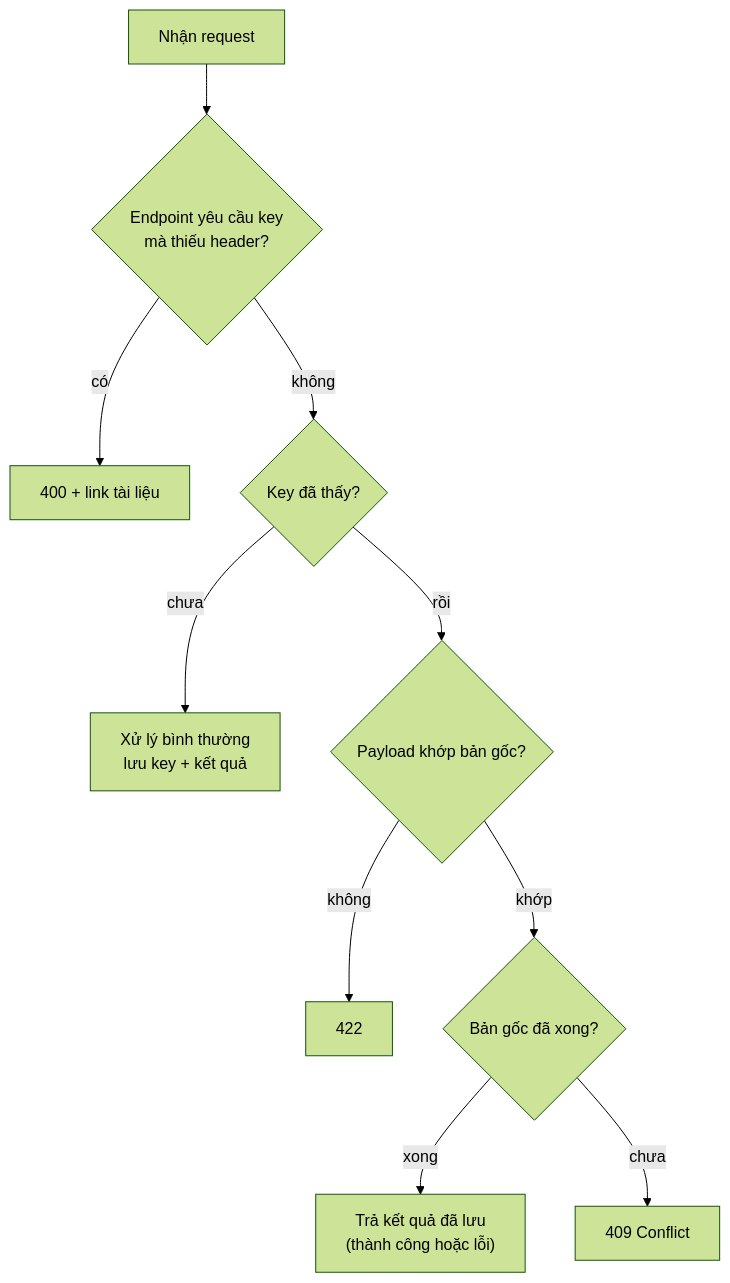
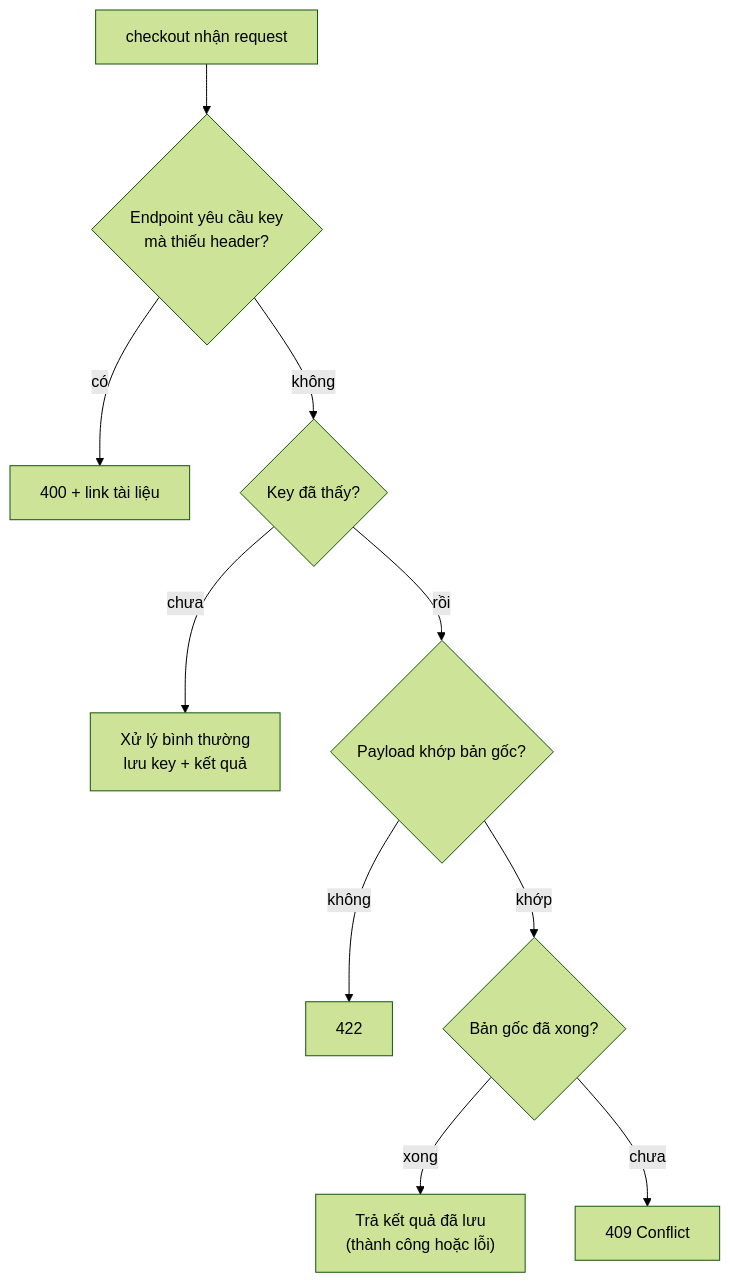
One commit to pirumu/irust changed the third of 5 diagrams in docs/12-he-thong-du-lieu/12-dung-dan-va-tich-hop-du-lieu.md. Above: the diagram before and after it, drawn with Mermaid (forest theme). The commit also changed other lines of this file and 27 other files, not shown here.

````diff
--- a/docs/12-he-thong-du-lieu/12-dung-dan-va-tich-hop-du-lieu.md
+++ b/docs/12-he-thong-du-lieu/12-dung-dan-va-tich-hop-du-lieu.md
@@ -197,12 +254,12 @@
 ```mermaid
 flowchart TD
-  A["Nhận request"] --> B{"Endpoint yêu cầu key<br/>mà thiếu header?"}
+  A["checkout nhận request"] --> B{"Endpoint yêu cầu key<br/>mà thiếu header?"}
   B -- "có" --> E400["400 + link tài liệu"]
   B -- "không" --> C{"Key đã thấy?"}
   C -- "chưa" --> D["Xử lý bình thường<br/>lưu key + kết quả"]
   C -- "rồi" --> F{"Payload khớp bản gốc?"}
   F -- "không" --> E422["422"]
   F -- "khớp" --> G{"Bản gốc đã xong?"}
   G -- "xong" --> H["Trả kết quả đã lưu<br/>(thành công hoặc lỗi)"]
   G -- "chưa" --> I["409 Conflict"]
 ```
````
